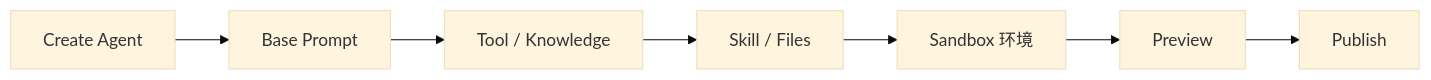
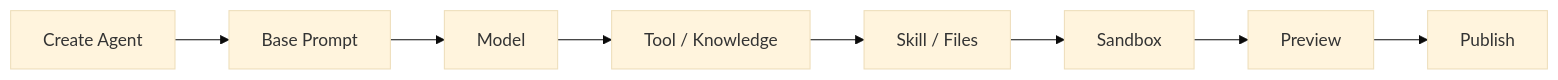
Diagram 11 of 20 in weekly-report/dify-1.17-core-capabilities-research.md (sgfd-ui/internship), drawn with Mermaid (base theme) before and after one commit. The commit also changed other lines of this file, not shown here.

````diff
--- a/weekly-report/dify-1.17-core-capabilities-research.md
+++ b/weekly-report/dify-1.17-core-capabilities-research.md
@@ -264,9 +399,10 @@
 ```mermaid
 flowchart LR
     A[Create Agent] --> B[Base Prompt]
-    B --> C[Tool / Knowledge]
-    C --> D[Skill / Files]
-    D --> E[Sandbox 环境]
-    E --> F[Preview]
-    F --> G[Publish]
+    B --> C[Model]
+    C --> D[Tool / Knowledge]
+    D --> E[Skill / Files]
+    E --> F[Sandbox]
+    F --> G[Preview]
+    G --> H[Publish]
 ```
````
